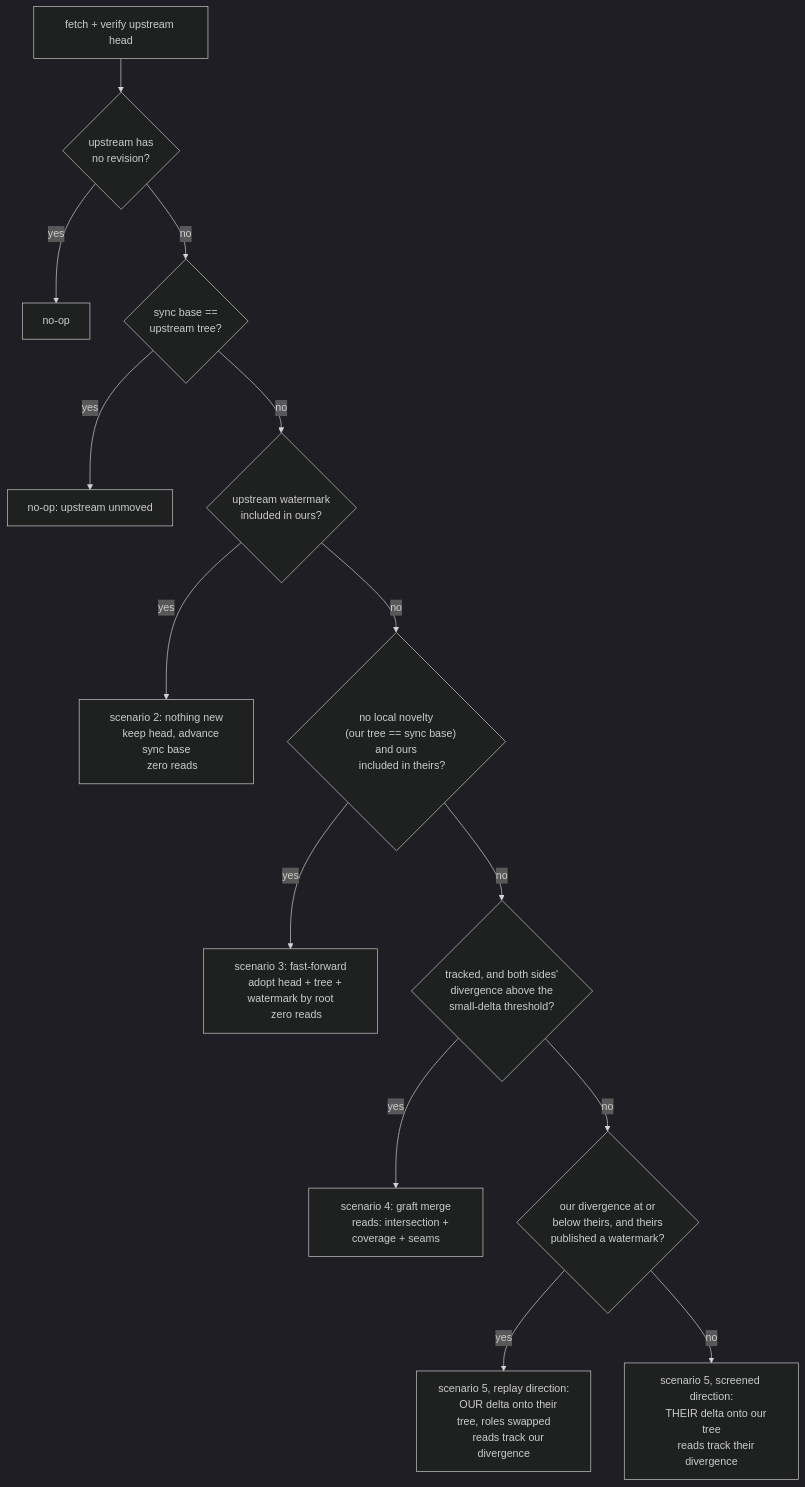
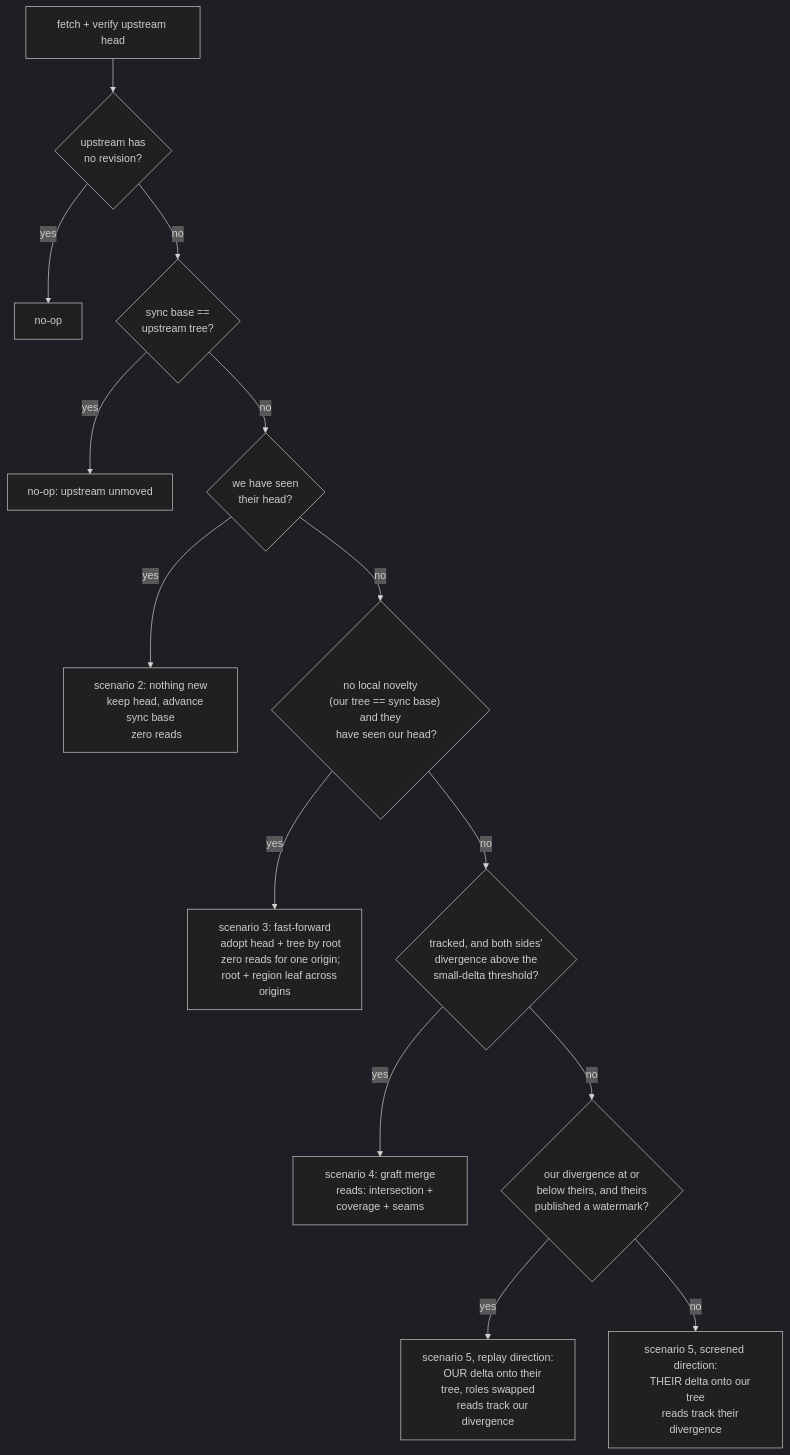
One commit to dialog-db/dialog-db changed the third of 8 diagrams in notes/version-control.md. Above: the diagram before and after it, drawn with Mermaid (dark theme). The commit also changed other lines of this file and 19 other files, not shown here.

````diff
--- a/notes/version-control.md
+++ b/notes/version-control.md
@@ -156,34 +157,35 @@
 ```mermaid
 flowchart TD
     A["fetch + verify upstream head"] --> B{"upstream has
     no revision?"}
     B -- yes --> N1["no-op"]
     B -- no --> C{"sync base ==
     upstream tree?"}
     C -- yes --> N2["no-op: upstream unmoved"]
-    C -- no --> D{"upstream watermark
-    included in ours?"}
+    C -- no --> D{"we have seen
+    their head?"}
     D -- yes --> S2["scenario 2: nothing new
     keep head, advance sync base
     zero reads"]
     D -- no --> E{"no local novelty
-    (our tree == sync base) and ours
-    included in theirs?"}
+    (our tree == sync base) and they
+    have seen our head?"}
     E -- yes --> S3["scenario 3: fast-forward
-    adopt head + tree + watermark by root
-    zero reads"]
+    adopt head + tree by root
+    zero reads for one origin;
+    root + region leaf across origins"]
     E -- no --> F{"tracked, and both sides'
     divergence above the
     small-delta threshold?"}
     F -- yes --> S4["scenario 4: graft merge
     reads: intersection + coverage + seams"]
     F -- no --> G{"our divergence at or
     below theirs, and theirs
     published a watermark?"}
     G -- yes --> S5a["scenario 5, replay direction:
     OUR delta onto their tree, roles swapped
     reads track our divergence"]
     G -- no --> S5b["scenario 5, screened direction:
     THEIR delta onto our tree
     reads track their divergence"]
 ```
````
